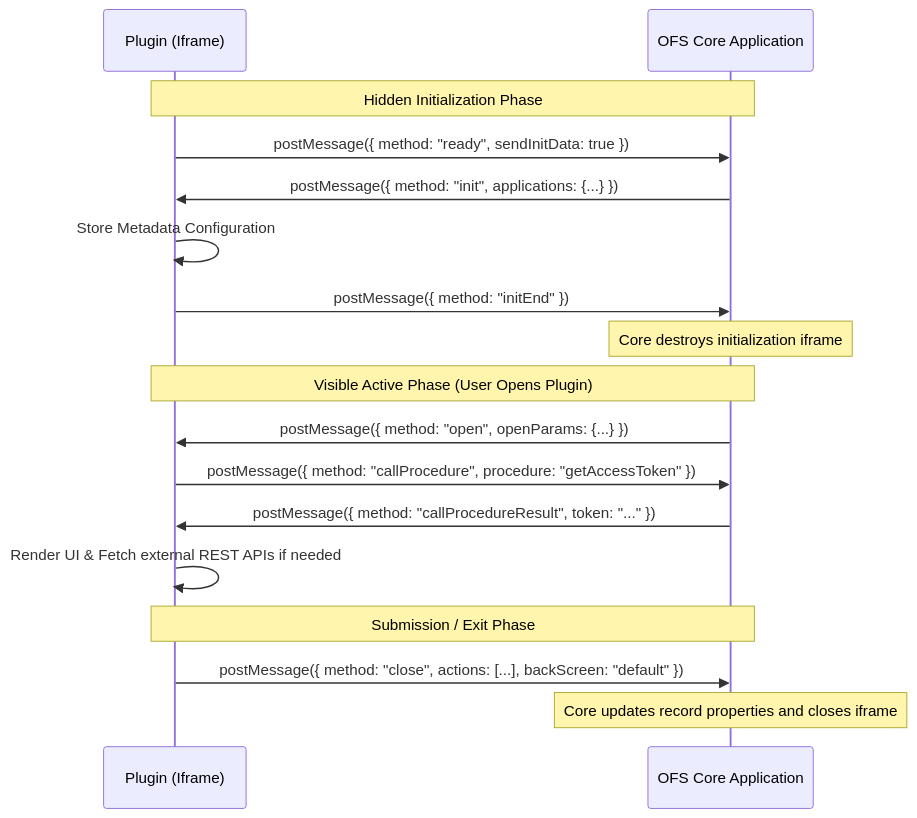
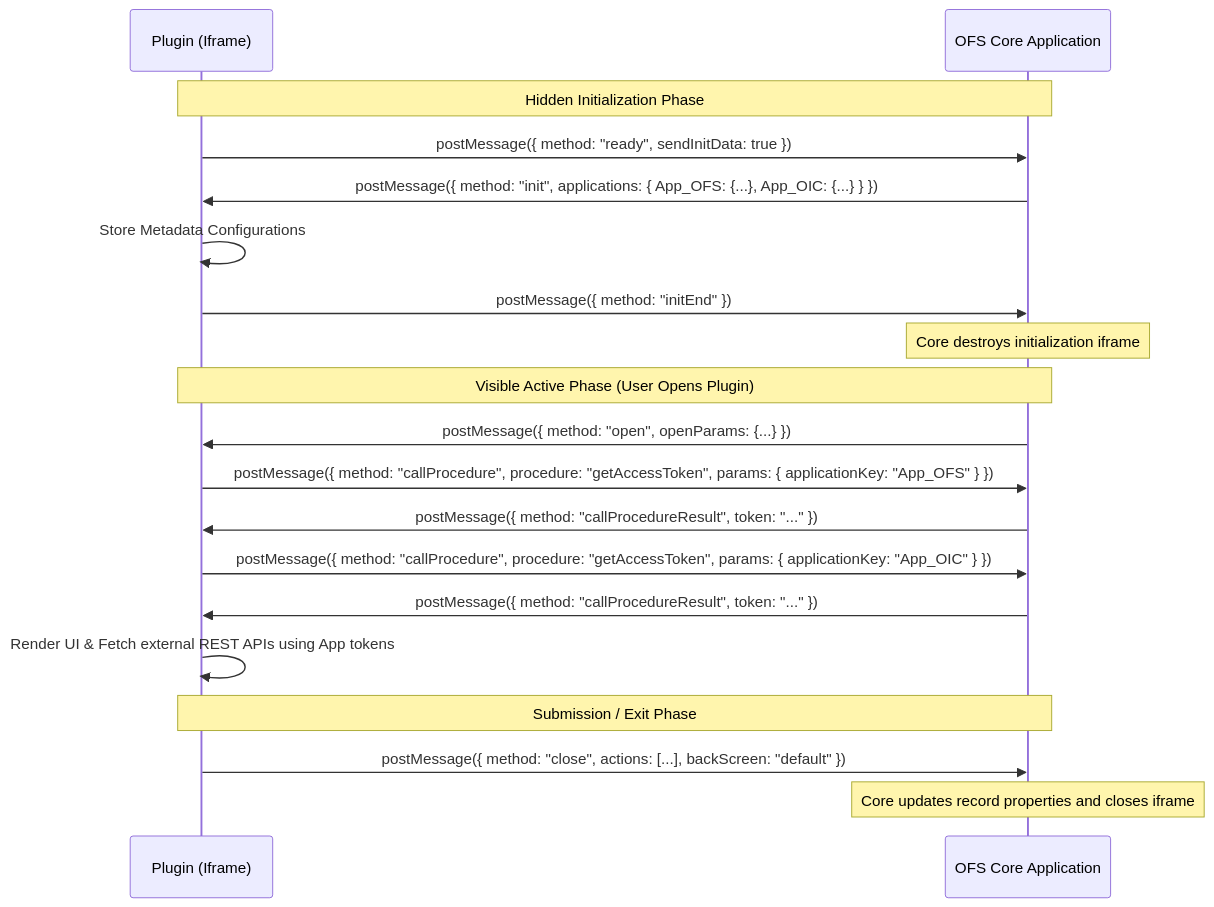
Before and after one commit to saikumargudelly/oracle-field-service-plugin-template: the diagram in README.md, drawn with Mermaid. The commit also changed other lines of this file, not shown here.

Commit message:
Update README: document multi-app parallel token caching feature and updated sequence diagram

````diff
--- a/README.md
+++ b/README.md
@@ -37,22 +37,24 @@
 ```mermaid
 sequenceDiagram
     participant P as Plugin (Iframe)
     participant H as OFS Core Application
     
     Note over P,H: Hidden Initialization Phase
     P->>H: postMessage({ method: "ready", sendInitData: true })
-    H->>P: postMessage({ method: "init", applications: {...} })
-    P->>P: Store Metadata Configuration
+    H->>P: postMessage({ method: "init", applications: { App_OFS: {...}, App_OIC: {...} } })
+    P->>P: Store Metadata Configurations
     P->>H: postMessage({ method: "initEnd" })
     Note over H: Core destroys initialization iframe
     
     Note over P,H: Visible Active Phase (User Opens Plugin)
     H->>P: postMessage({ method: "open", openParams: {...} })
-    P->>H: postMessage({ method: "callProcedure", procedure: "getAccessToken" })
+    P->>H: postMessage({ method: "callProcedure", procedure: "getAccessToken", params: { applicationKey: "App_OFS" } })
     H->>P: postMessage({ method: "callProcedureResult", token: "..." })
-    P->>P: Render UI & Fetch external REST APIs if needed
+    P->>H: postMessage({ method: "callProcedure", procedure: "getAccessToken", params: { applicationKey: "App_OIC" } })
+    H->>P: postMessage({ method: "callProcedureResult", token: "..." })
+    P->>P: Render UI & Fetch external REST APIs using App tokens
     
     Note over P,H: Submission / Exit Phase
     P->>H: postMessage({ method: "close", actions: [...], backScreen: "default" })
     Note over H: Core updates record properties and closes iframe
 ```
````
